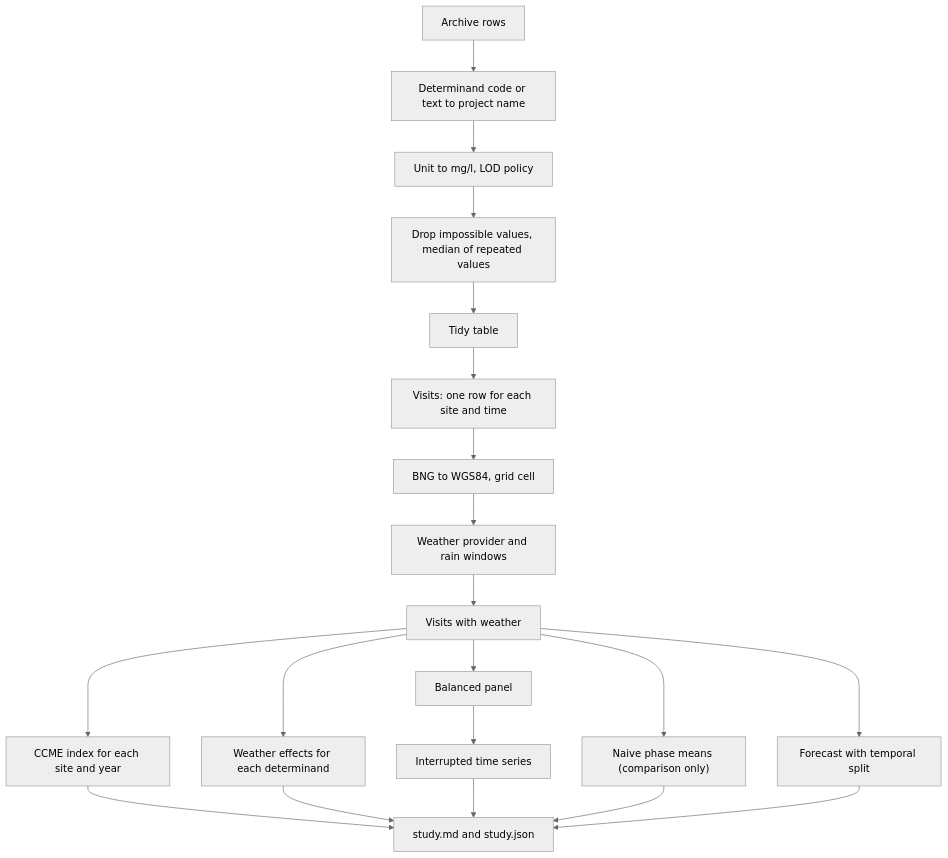
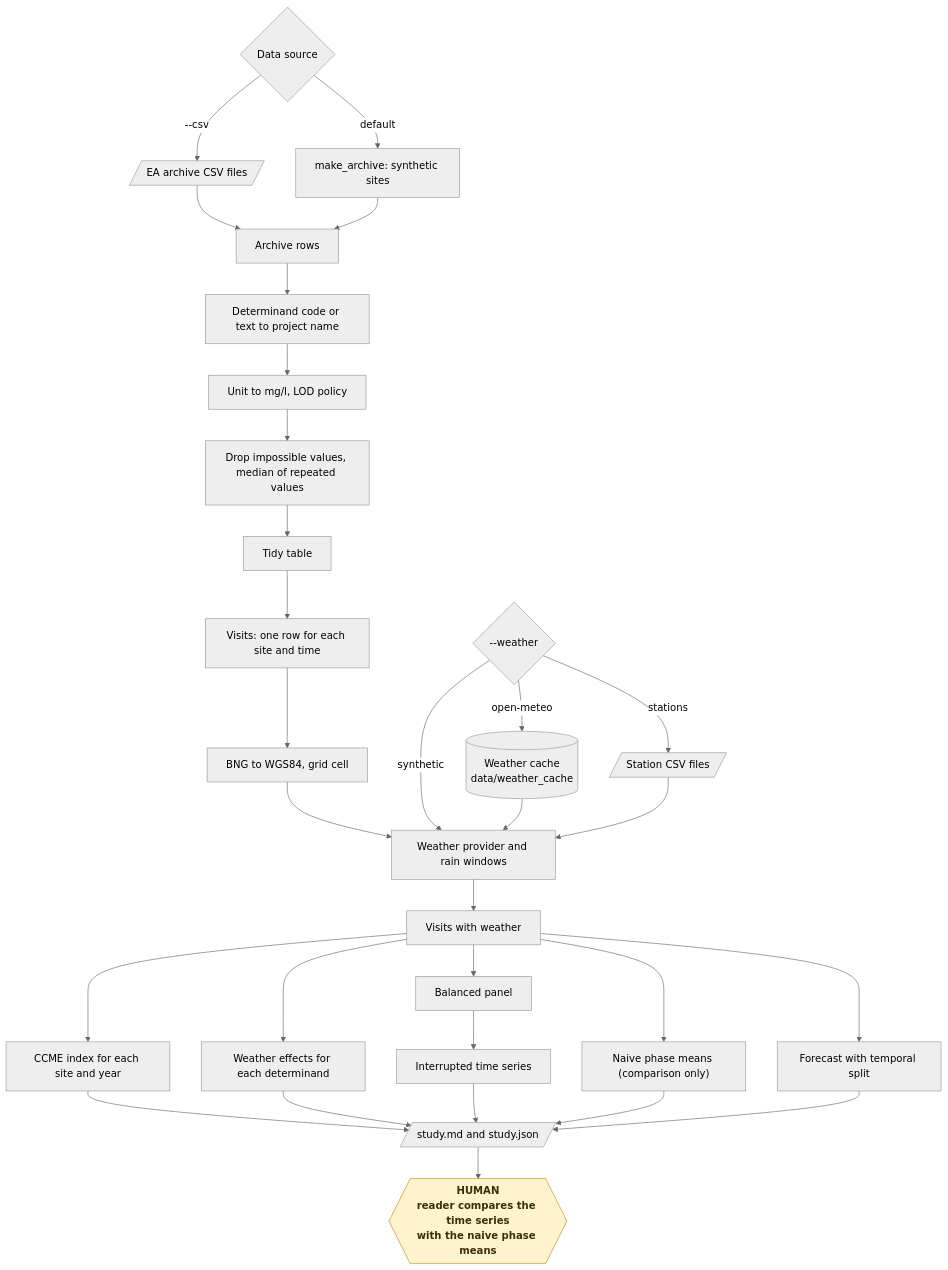
Before and after one commit to KrishnaAnnavaram/riverpulse: the fifth of 17 diagrams in README.md, drawn with Mermaid (neutral theme).

Commit message:
Redraw the full flow diagram in the standard style

````diff
--- a/README.md
+++ b/README.md
@@ -260,21 +260,34 @@
 ```mermaid
-flowchart TB
-    RAW["Archive rows"] --> MAP["Determinand code or text to project name"]
+flowchart TD
+    SRC{"Data source"} -- "--csv" --> CSV[/"EA archive CSV files"/]
+    SRC -- "default" --> SYN["make_archive: synthetic sites"]
+    CSV --> RAW["Archive rows"]
+    SYN --> RAW
+    RAW --> MAP["Determinand code or text to project name"]
     MAP --> UNIT["Unit to mg/l, LOD policy"]
     UNIT --> QA["Drop impossible values, median of repeated values"]
     QA --> TIDY["Tidy table"]
     TIDY --> VIS["Visits: one row for each site and time"]
     VIS --> GEO["BNG to WGS84, grid cell"]
     GEO --> WX["Weather provider and rain windows"]
+    WSRC{"--weather"} -- "synthetic" --> WX
+    WSRC -- "open-meteo" --> CACHE[("Weather cache<br/>data/weather_cache")]
+    CACHE --> WX
+    WSRC -- "stations" --> STN[/"Station CSV files"/]
+    STN --> WX
     WX --> V2["Visits with weather"]
     V2 --> IDX["CCME index for each site and year"]
     V2 --> WE["Weather effects for each determinand"]
     V2 --> BP["Balanced panel"] --> ITS["Interrupted time series"]
     V2 --> NV["Naive phase means (comparison only)"]
     V2 --> FC["Forecast with temporal split"]
-    IDX --> REP["study.md and study.json"]
+    IDX --> REP[/"study.md and study.json"/]
     WE --> REP
     ITS --> REP
     NV --> REP
     FC --> REP
+    REP --> HUMAN{{"HUMAN<br/>reader compares the time series<br/>with the naive phase means"}}
+
+    classDef human fill:#fff3cd,stroke:#b8901f,color:#3d2f00,font-weight:bold
+    class HUMAN human
 ```
````
